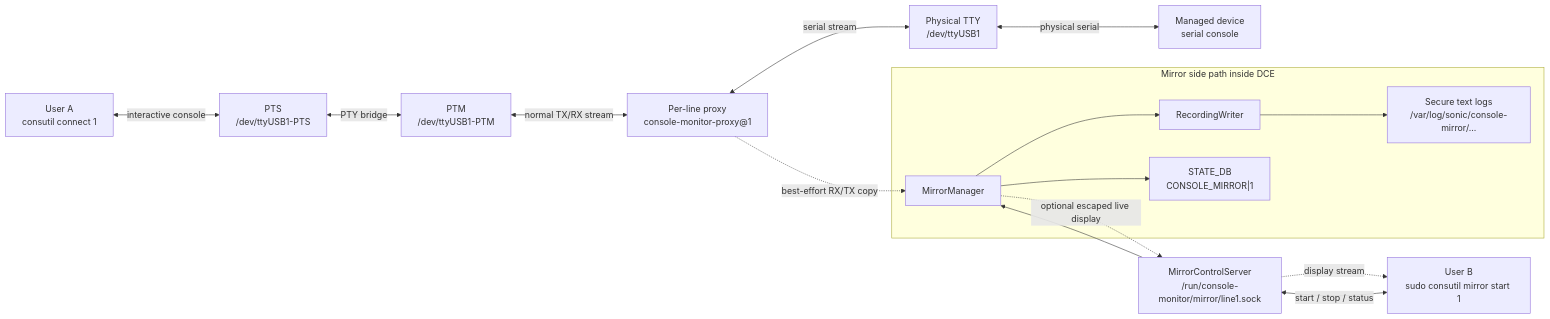
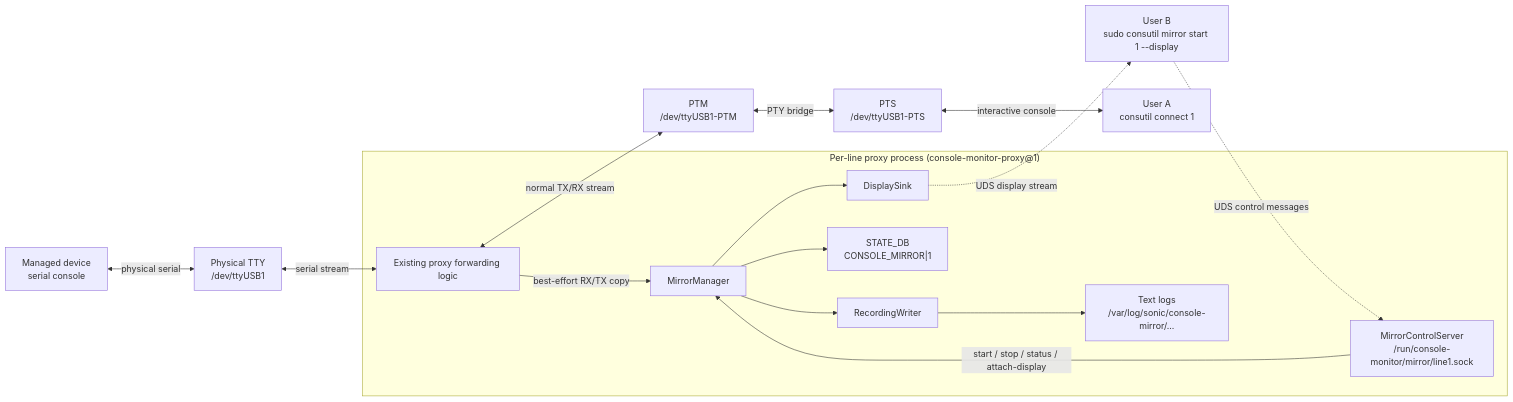
Before and after one commit to sonic-net/SONiC: the first of 3 diagrams in doc/console/Console-Mirror-High-Level-Design.md, drawn with Mermaid. The commit also changed other lines of this file, not shown here.

Commit message:
doc/console: Update console mirror architecture diagram
* Clarify proxy internal components in the architecture diagram

* Show UDS control and display paths separately

````diff
--- a/doc/console/Console-Mirror-High-Level-Design.md
+++ b/doc/console/Console-Mirror-High-Level-Design.md
@@ -112,35 +112,41 @@
 ```mermaid
 flowchart LR
-    userA["User A<br/>consutil connect 1"]
-    pts["PTS<br/>/dev/ttyUSB1-PTS"]
-    ptm["PTM<br/>/dev/ttyUSB1-PTM"]
-    proxy["Per-line proxy<br/>console-monitor-proxy@1"]
+    target["Managed device<br/>serial console"]
     tty["Physical TTY<br/>/dev/ttyUSB1"]
-    target["Managed device<br/>serial console"]
 
-    userA <-- "interactive console" --> pts
-    pts <-- "PTY bridge" --> ptm
-    ptm <-- "normal TX/RX stream" --> proxy
-    proxy <-- "serial stream" --> tty
-    tty <-- "physical serial" --> target
-
-    subgraph MirrorPath["Mirror side path inside DCE"]
+    subgraph proxyBox["Per-line proxy process (console-monitor-proxy@1)"]
+        core["Existing proxy forwarding logic"]
         mirror["MirrorManager"]
         writer["RecordingWriter"]
-        log["Secure text logs<br/>/var/log/sonic/console-mirror/..."]
         state["STATE_DB<br/>CONSOLE_MIRROR|1"]
+        control["MirrorControlServer<br/>/run/console-monitor/mirror/line1.sock"]
+        display["DisplaySink"]
+        log["Text logs<br/>/var/log/sonic/console-mirror/..."]
     end
 
-    proxy -. "best-effort RX/TX copy" .-> mirror
+    ptm["PTM<br/>/dev/ttyUSB1-PTM"]
+    pts["PTS<br/>/dev/ttyUSB1-PTS"]
+    userA["User A<br/>consutil connect 1"]
+
+    
+
+    target <-- "physical serial" --> tty
+    tty <-- "serial stream" --> core
+
+    core <-- "normal TX/RX stream" --> ptm
+    ptm <-- "PTY bridge" --> pts
+    pts <-- "interactive console" --> userA
+
+    core -->|best-effort RX/TX copy| mirror
+
     mirror --> writer
     writer --> log
     mirror --> state
+    mirror --> display
 
-    userB["User B<br/>sudo consutil mirror start 1"]
-    uds["MirrorControlServer<br/>/run/console-monitor/mirror/line1.sock"]
+    control -->|start / stop / status / attach-display| mirror
 
-    userB <-- "start / stop / status" --> uds
-    uds --> mirror
-    mirror -. "optional escaped live display" .-> uds
-    uds -. "display stream" .-> userB
+    userB["User B<br/>sudo consutil mirror start 1 --display"]
+    userB -. "UDS control messages" .-> control
+    display -. "UDS display stream" .-> userB
 ```
````
